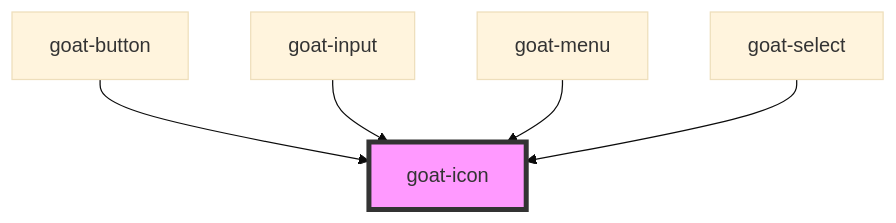
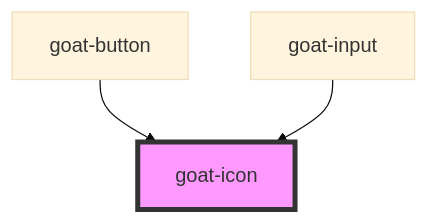
The diagram in src/components/content/icon/readme.md (goatui/components), drawn with Mermaid (base theme) before and after one commit. The commit also changed other lines of this file and 805 other files, not shown here.

````diff
--- a/src/components/content/icon/readme.md
+++ b/src/components/content/icon/readme.md
@@ -27,8 +25,6 @@
 ```mermaid
 graph TD;
   goat-button --> goat-icon
   goat-input --> goat-icon
-  goat-menu --> goat-icon
-  goat-select --> goat-icon
   style goat-icon fill:#f9f,stroke:#333,stroke-width:4px
 ```
````
